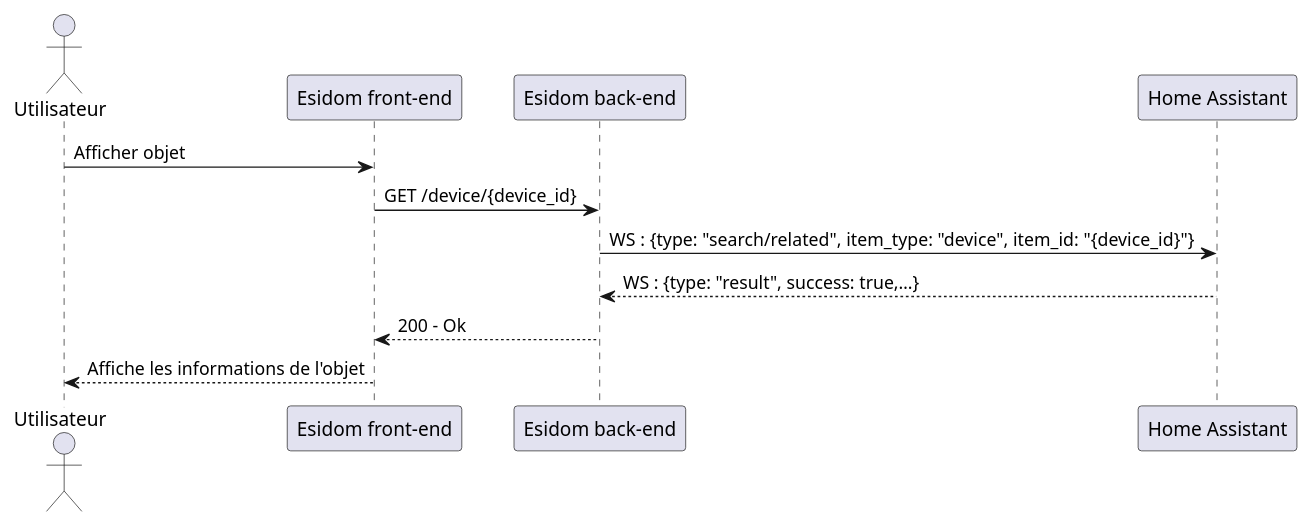
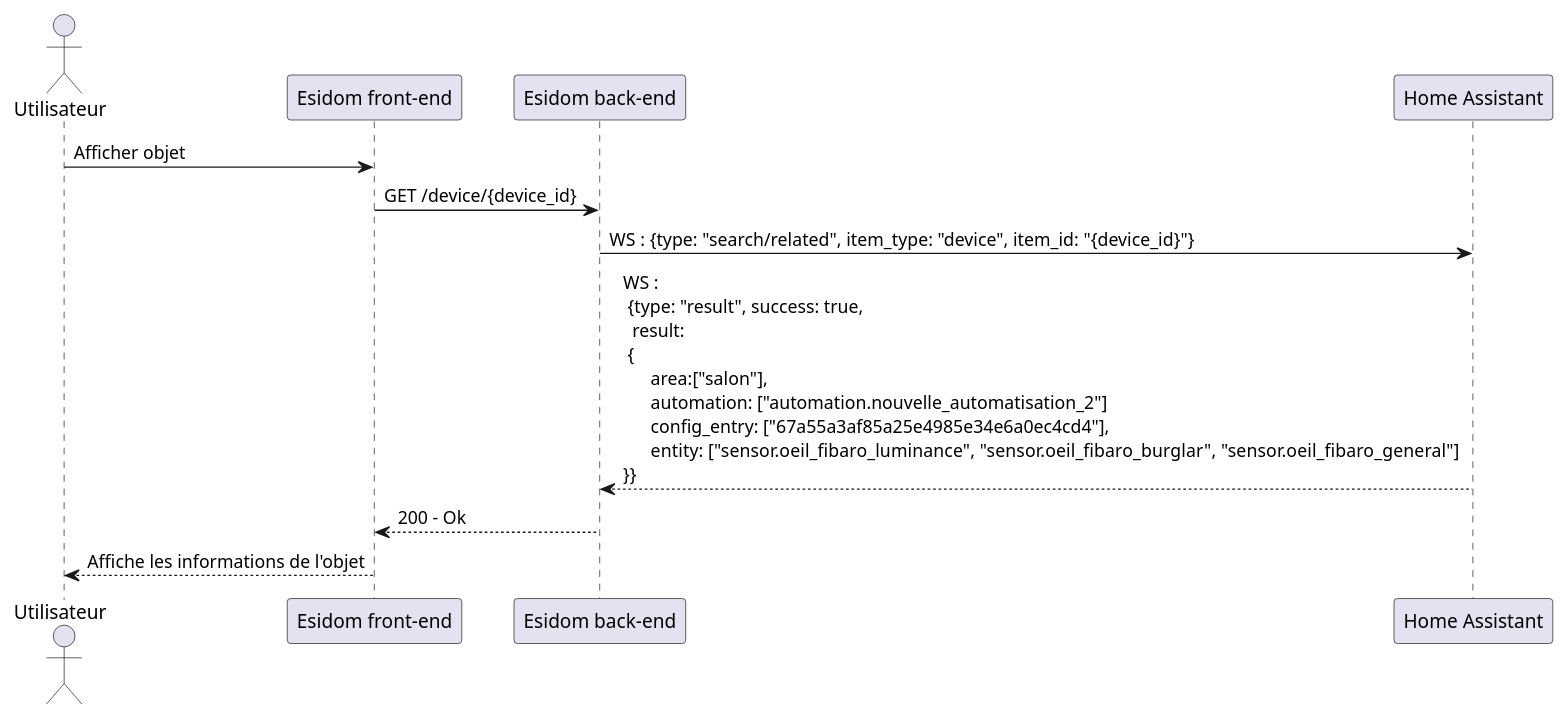
Before and after one commit to SKAVALT-io/esidom_doc: the diagram in cdct/diagramme_de_sequence/plantuml/afficher_objet.puml, drawn with PlantUML.

Commit message:
docs: update sequence diagram

```diff
--- a/cdct/diagramme_de_sequence/plantuml/afficher_objet.puml
+++ b/cdct/diagramme_de_sequence/plantuml/afficher_objet.puml
@@ -1,15 +1,20 @@
 @startuml afficher objet
 
 actor "Utilisateur" as u
 participant "Esidom front-end" as fe
 participant "Esidom back-end" as m
 participant "Home Assistant" as ha
 
 u -> fe: Afficher objet
 fe -> m: GET /device/{device_id}
 m -> ha: WS : {type: "search/related", item_type: "device", item_id: "{device_id}"}
-ha --> m: WS : {type: "result", success: true,…}
+ha --> m: WS :\n {type: "result", success: true,\n  result:\n {\
+\n      area:["salon"],      \
+\n      automation: ["automation.nouvelle_automatisation_2"]\
+\n      config_entry: ["67a55a3af85a25e4985e34e6a0ec4cd4"], \
+\n      entity: ["sensor.oeil_fibaro_luminance", "sensor.oeil_fibaro_burglar", "sensor.oeil_fibaro_general"] \
+\n}}
 m --> fe: 200 - Ok
 fe --> u: Affiche les informations de l'objet
 
 @enduml
```
